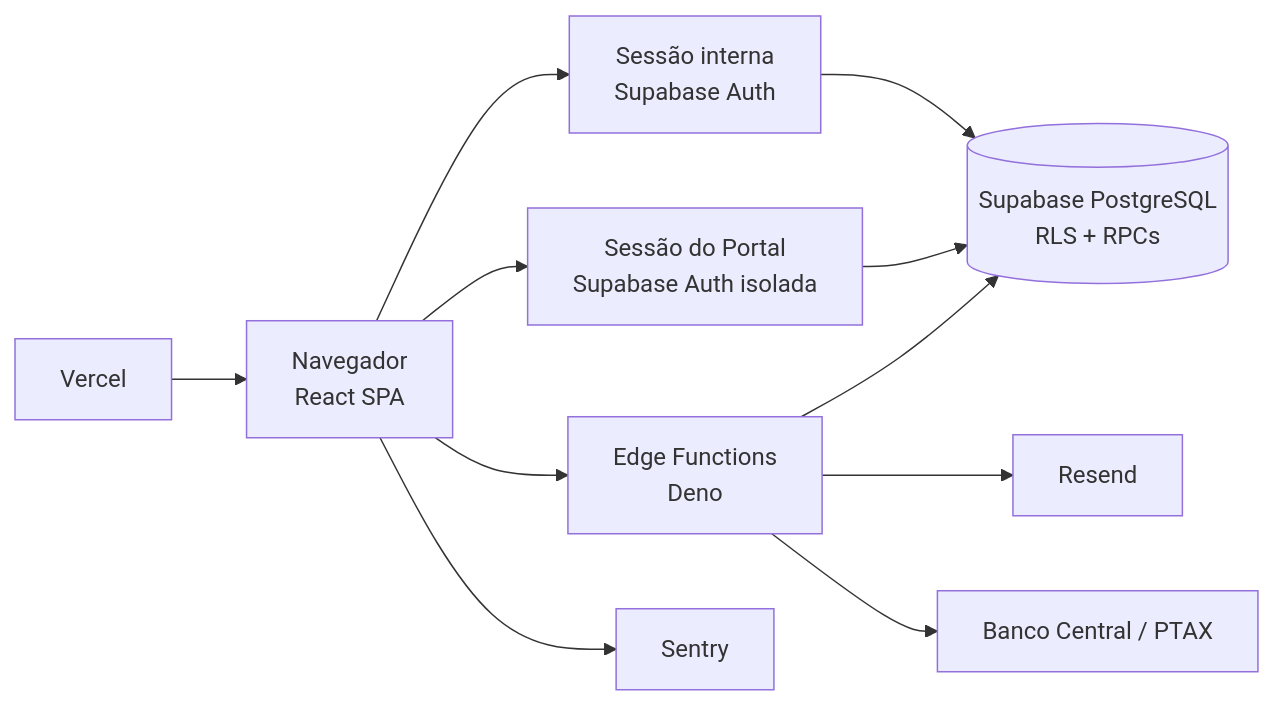
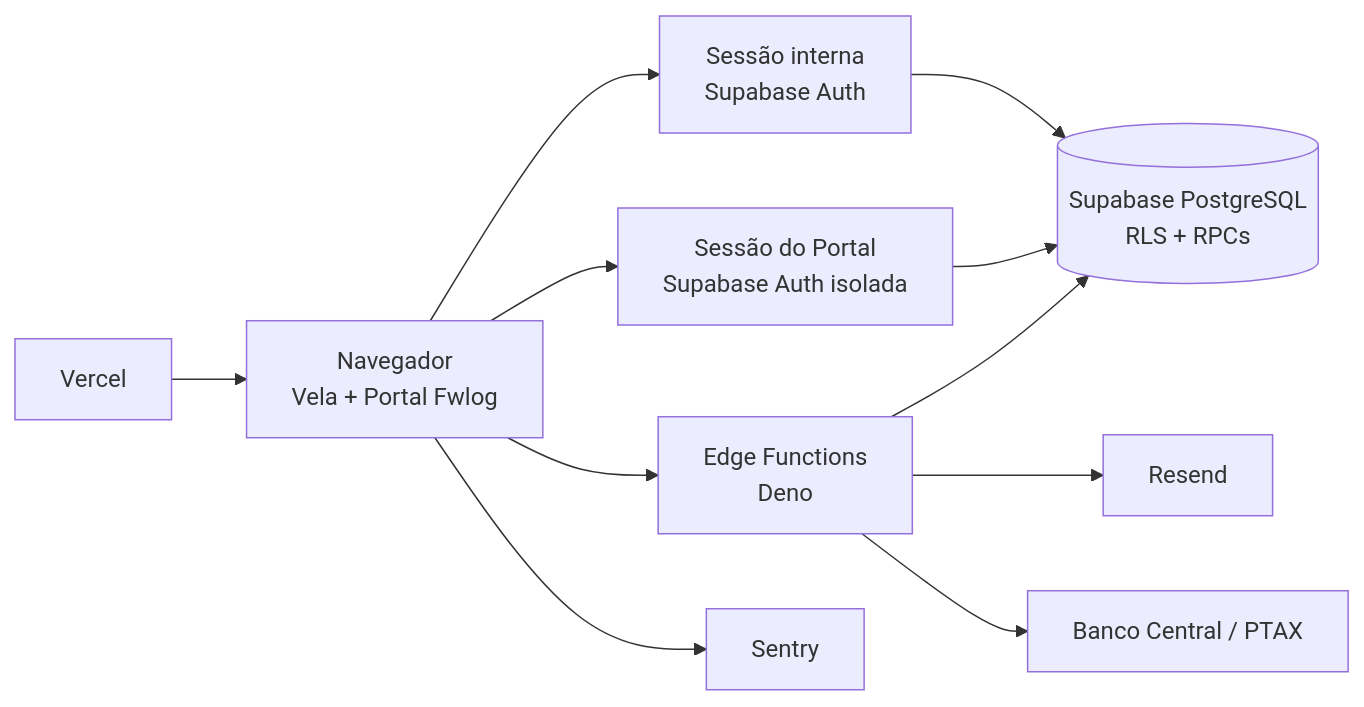
Before and after one commit to luccafwlog/vela: the first of 2 diagrams in docs/ARCHITECTURE.md, drawn with Mermaid. The commit also changed other lines of this file and 84 other files, not shown here.

````diff
--- a/docs/ARCHITECTURE.md
+++ b/docs/ARCHITECTURE.md
@@ -11,23 +11,23 @@
 ```mermaid
 flowchart LR
-    Browser["Navegador<br/>React SPA"]
+    Browser["Navegador<br/>Vela + Portal Fwlog"]
     Internal["Sessão interna<br/>Supabase Auth"]
     Portal["Sessão do Portal<br/>Supabase Auth isolada"]
     Database[("Supabase PostgreSQL<br/>RLS + RPCs")]
     Functions["Edge Functions<br/>Deno"]
     Resend["Resend"]
     BCB["Banco Central / PTAX"]
     Sentry["Sentry"]
     Vercel["Vercel"]
 
     Browser --> Internal
     Browser --> Portal
     Internal --> Database
     Portal --> Database
     Browser --> Functions
     Functions --> Database
     Functions --> Resend
     Functions --> BCB
     Browser --> Sentry
     Vercel --> Browser
 ```
````
